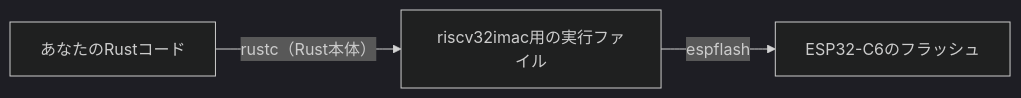
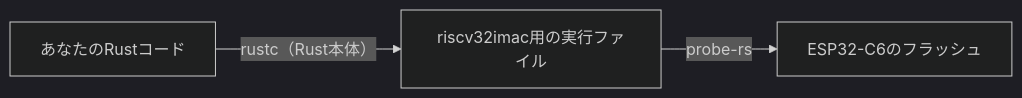
Before and after one commit to TomiXRM/embassy-esp32-c6: the diagram in site/src/content/docs/part01/07-setup.md, drawn with Mermaid (dark theme). The commit also changed other lines of this file and 84 other files, not shown here.

First line of the commit message:
書き込み・ログ基盤を espflash から probe-rs + defmt(RTT) へ移行（espflashはfeatureで存置）

````diff
--- a/site/src/content/docs/part01/07-setup.md
+++ b/site/src/content/docs/part01/07-setup.md
@@ -42,5 +44,5 @@
 ```mermaid
 graph LR
   A[あなたのRustコード] -->|"rustc（Rust本体）"| B[riscv32imac用の実行ファイル]
-  B -->|espflash| C[ESP32-C6のフラッシュ]
+  B -->|probe-rs| C[ESP32-C6のフラッシュ]
 ```
````
